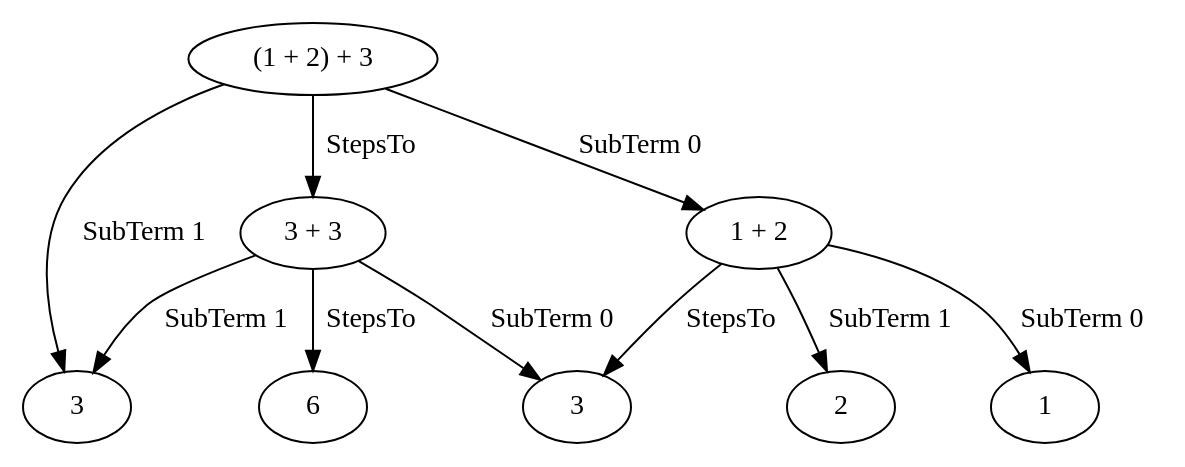
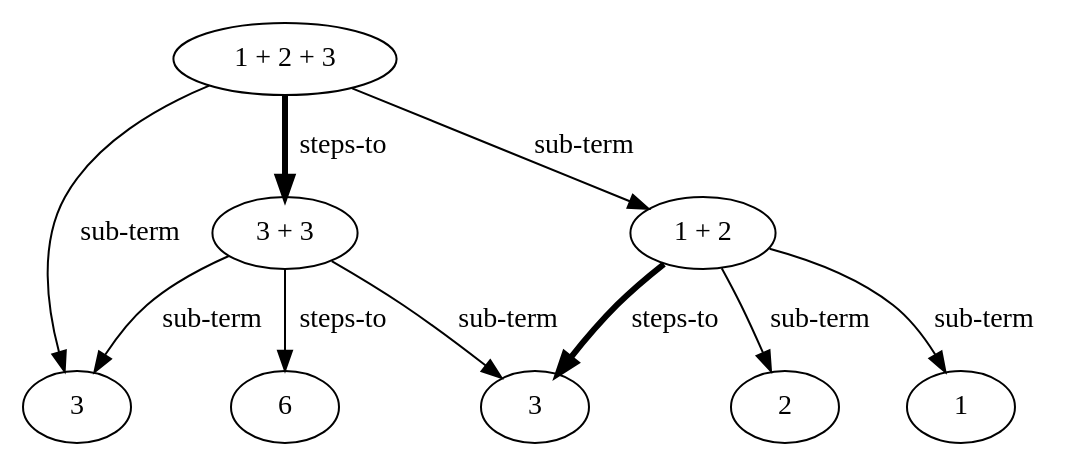
Before and after one commit to ucsd-progsys/nanomaly: the diagram in paper/pldi16-submission/simple.dot, drawn with Graphviz. The commit also changed 6 other files, not shown here.

```diff
--- a/paper/pldi16-submission/simple.dot
+++ b/paper/pldi16-submission/simple.dot
@@ -1,19 +1,19 @@
 digraph G {
-u0[label="(1 + 2) + 3"];
+u0[label="1 + 2 + 3"];
 u1[label="3"];
 u2[label="3 + 3"];
 u3[label="1 + 2"];
 u4[label="3"];
 u5[label="2"];
 u6[label="1"];
 u7[label="6"];
-u0 -> u1[label="SubTerm 1"];
-u0 -> u2[label="StepsTo"];
-u0 -> u3[label="SubTerm 0"];
-u2 -> u1[label="SubTerm 1"];
-u2 -> u4[label="SubTerm 0"];
-u2 -> u7[label="StepsTo"];
-u3 -> u4[label="StepsTo"];
-u3 -> u5[label="SubTerm 1"];
-u3 -> u6[label="SubTerm 0"];
+u0 -> u1[label="sub-term"];
+u0 -> u2[label="steps-to", penwidth=3];
+u0 -> u3[label="sub-term"];
+u2 -> u1[label="sub-term"];
+u2 -> u4[label="sub-term"];
+u2 -> u7[label="steps-to"];
+u3 -> u4[label="steps-to", penwidth=3];
+u3 -> u5[label="sub-term"];
+u3 -> u6[label="sub-term"];
 }
```
